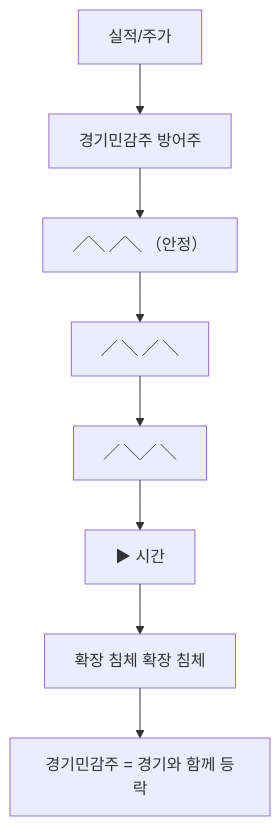
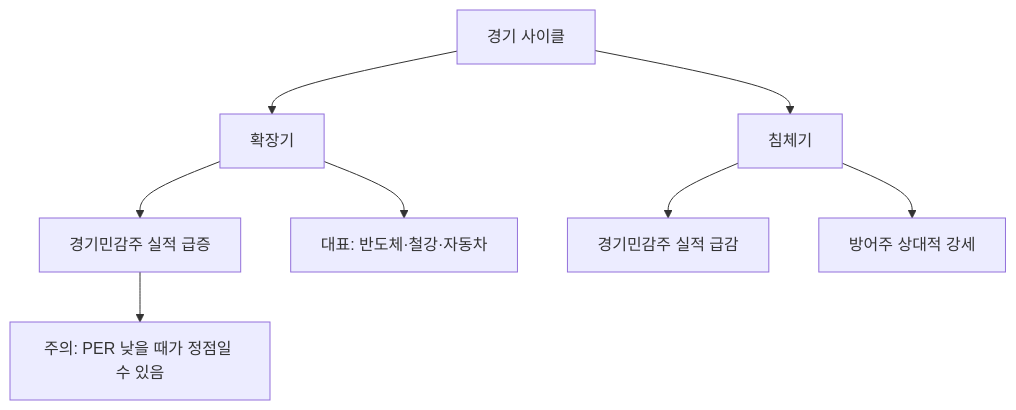
Before and after one commit to yeongseon/stock-visual-note: the diagram in content/stock-terms/ko/level-09-strategy-risk/cyclical-stock.md, drawn with Mermaid. The commit also changed other lines of this file and 96 other files, not shown here.

Commit message:
Rewrite all 98 remaining articles: branching Mermaid diagrams, natural search_intent, compelling seo_titles, clean descriptions

````diff
--- a/content/stock-terms/ko/level-09-strategy-risk/cyclical-stock.md
+++ b/content/stock-terms/ko/level-09-strategy-risk/cyclical-stock.md
@@ -42,18 +42,11 @@
 ```mermaid
 graph TD
-    N0["실적/주가"]
-    N1["경기민감주 방어주"]
-    N2["╱╲ ╱╲ （안정）"]
-    N3["╱ ╲ ╱ ╲"]
-    N4["╱ ╲╱ ╲"]
-    N5["▶ 시간"]
-    N6["확장 침체 확장 침체"]
-    N7["경기민감주 = 경기와 함께 등락"]
-    N0 --> N1
-    N1 --> N2
-    N2 --> N3
-    N3 --> N4
-    N4 --> N5
-    N5 --> N6
-    N6 --> N7
+    A["경기 사이클"]
+    A --> B["확장기"]
+    A --> C["침체기"]
+    B --> B1["경기민감주 실적 급증"]
+    B --> B2["대표: 반도체·철강·자동차"]
+    C --> C1["경기민감주 실적 급감"]
+    C --> C2["방어주 상대적 강세"]
+    B1 --> D["주의: PER 낮을 때가 정점일 수 있음"]
 ```
````
